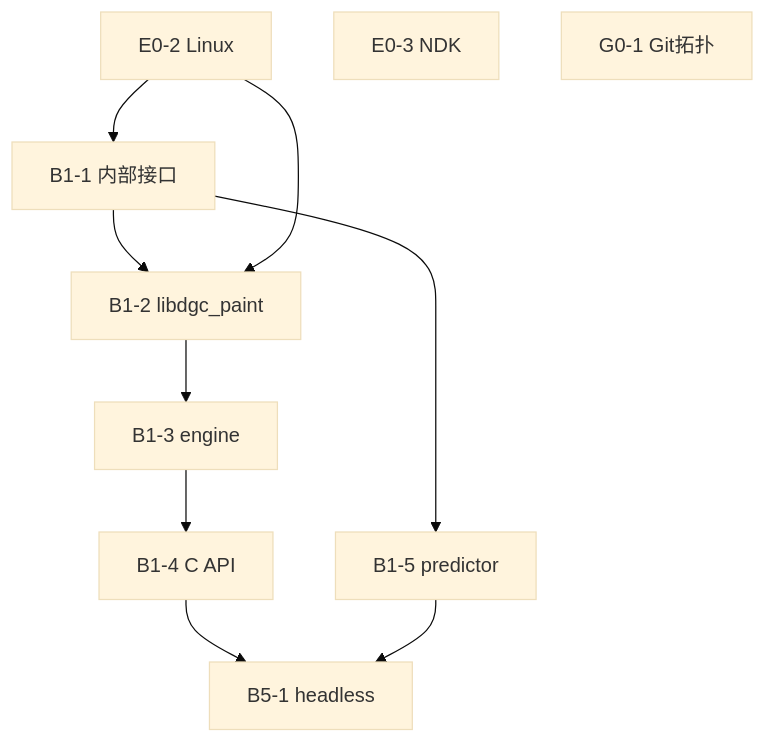
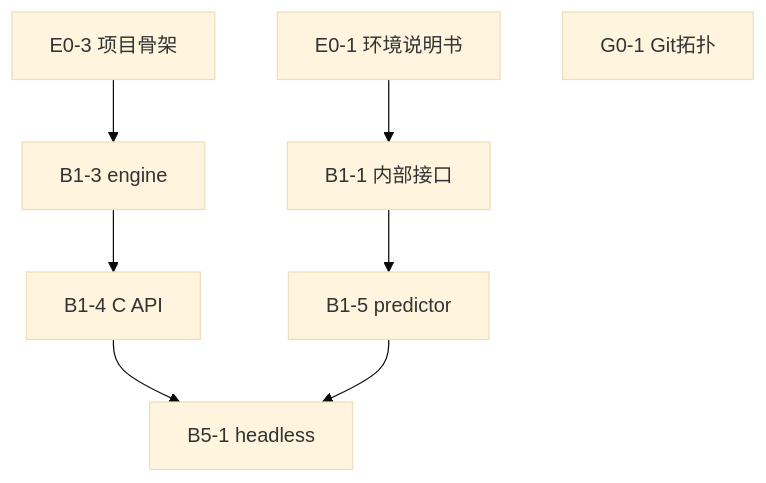
Before and after one commit to KryieNaruto/paintDemo: the diagram in docs/tasks/detail/共同基座.md, drawn with Mermaid (base theme). The commit also changed other lines of this file and 16 other files, not shown here.

````diff
--- a/docs/tasks/detail/共同基座.md
+++ b/docs/tasks/detail/共同基座.md
@@ -50,17 +49,16 @@
 ```mermaid
 flowchart TD
-  E02[E0-2 Linux]
-  E03[E0-3 NDK]
+  E01[E0-1 环境说明书]
+  E03[E0-3 项目骨架]
   G01[G0-1 Git拓扑]
   B11[B1-1 内部接口]
-  B12[B1-2 libdgc_paint]
   B13[B1-3 engine]
   B14[B1-4 C API]
   B15[B1-5 predictor]
   B51[B5-1 headless]
-  E02 --> B11 --> B12 --> B13 --> B14
-  E02 --> B12
+  E01 --> B11
+  E03 --> B13 --> B14
   B11 --> B15
   B14 --> B51
   B15 --> B51
 ```
````
